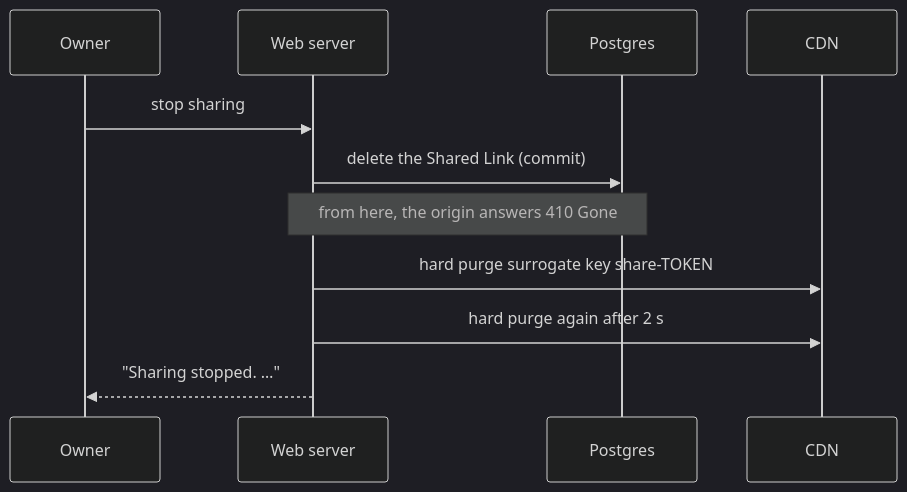
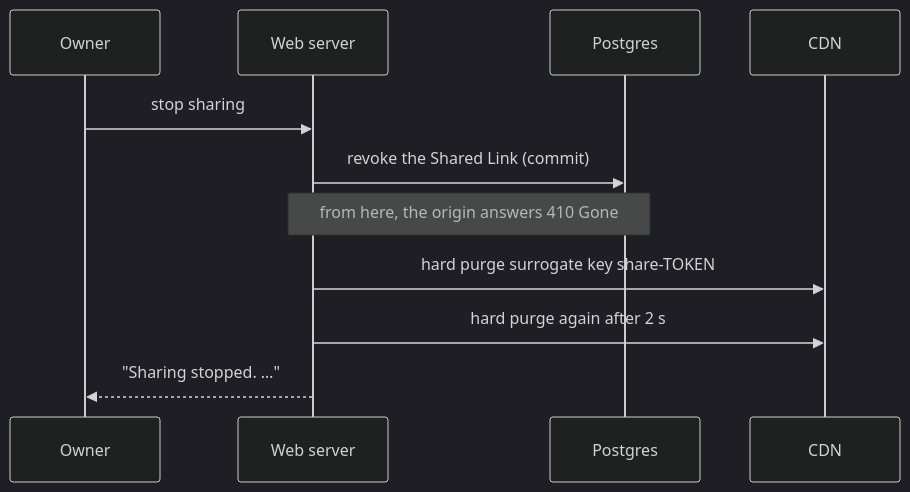
Before and after one commit to itays/investing-assignment: the second of 2 diagrams in docs/design.md, drawn with Mermaid (dark theme). The commit also changed other lines of this file, not shown here.

````diff
--- a/docs/design.md
+++ b/docs/design.md
@@ -238,13 +254,13 @@
 ```mermaid
 sequenceDiagram
   participant O as Owner
   participant W as Web server
   participant P as Postgres
   participant C as CDN
   O->>W: stop sharing
-  W->>P: delete the Shared Link (commit)
+  W->>P: revoke the Shared Link (commit)
   Note over W,P: from here, the origin answers 410 Gone
   W->>C: hard purge surrogate key share-TOKEN
   W->>C: hard purge again after 2 s
   W-->>O: "Sharing stopped. …"
 ```
````
